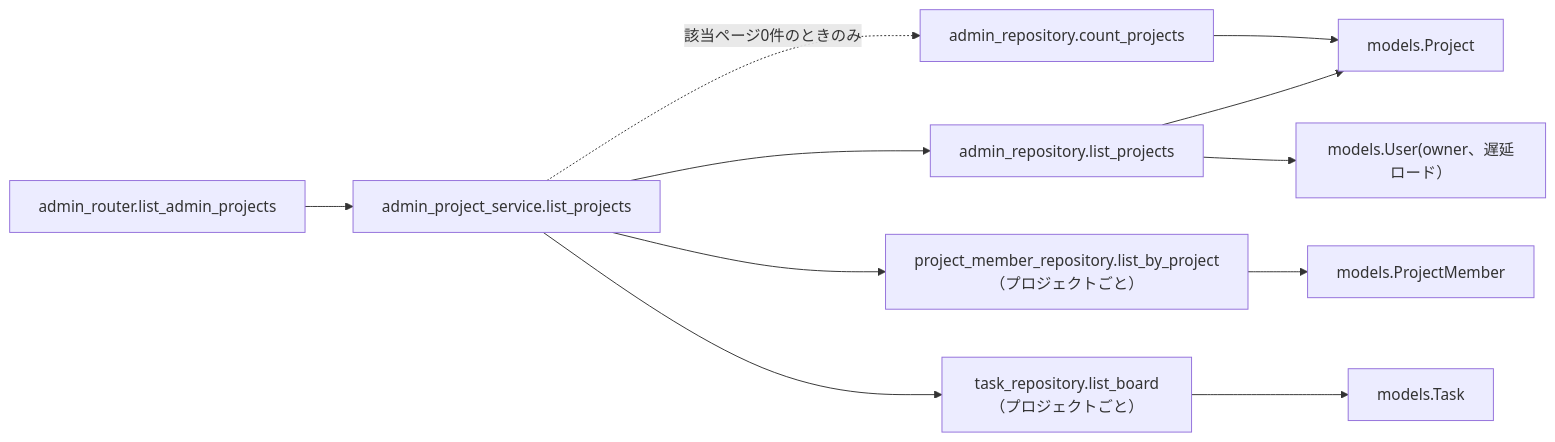
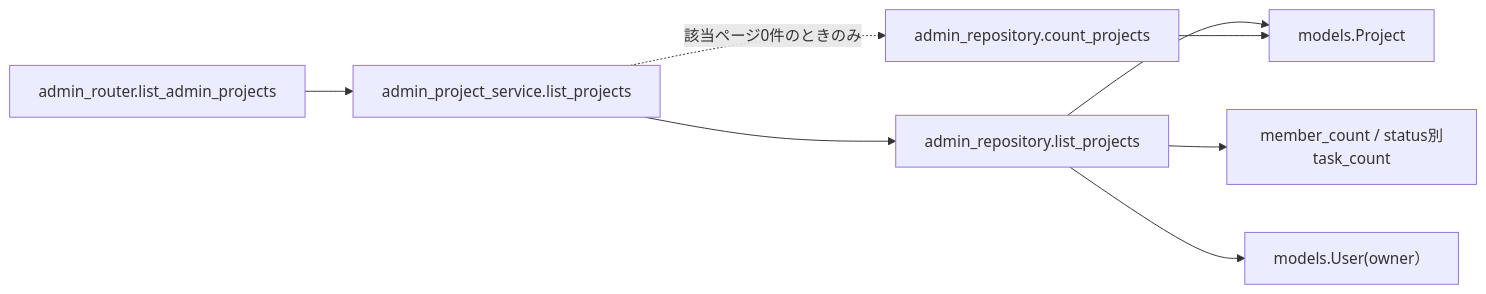
Before and after one commit to oikawa-d/task_management: the third of 4 diagrams in docs/detailed_design/api/admin/05_get_admin_projects.md, drawn with Mermaid. The commit also changed other lines of this file and 88 other files, not shown here.

````diff
--- a/docs/detailed_design/api/admin/05_get_admin_projects.md
+++ b/docs/detailed_design/api/admin/05_get_admin_projects.md
@@ -214,13 +214,10 @@
 ```mermaid
 flowchart LR
     R["admin_router.list_admin_projects"] --> S["admin_project_service.list_projects"]
     S --> RP1["admin_repository.list_projects"]
     S -.->|"該当ページ0件のときのみ"| RP2["admin_repository.count_projects"]
-    S --> RP3["project_member_repository.list_by_project（プロジェクトごと）"]
-    S --> RP4["task_repository.list_board（プロジェクトごと）"]
     RP1 --> M["models.Project"]
     RP2 --> M
-    RP1 --> MO["models.User(owner、遅延ロード）"]
-    RP3 --> MPM["models.ProjectMember"]
-    RP4 --> MT["models.Task"]
+    RP1 --> MA["member_count / status別task_count"]
+    RP1 --> MO["models.User(owner）"]
 ```
````
